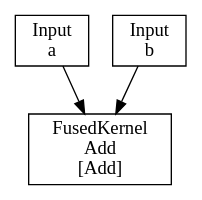
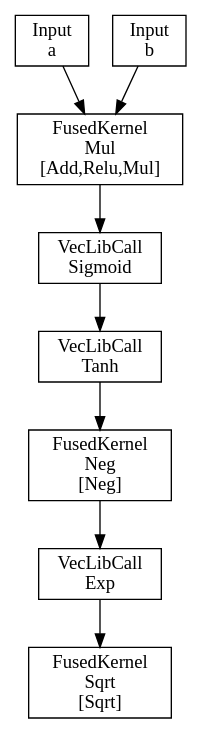
One commit to ParthPatel00/TensorScript changed the diagram in results/ir_after_fusion.dot. Above: the diagram before and after it, drawn with Graphviz. The commit also changed 9 other files, not shown here.

```diff
--- a/results/ir_after_fusion.dot
+++ b/results/ir_after_fusion.dot
@@ -1,9 +1,19 @@
 digraph G {
   rankdir=TB;
   node [shape=box];
-  "0x10562ef10" [label="Input\na"];
-  "0x10562efb0" [label="Input\nb"];
-  "0x10562f050" [label="FusedKernel\nAdd\n[Add]"];
-  "0x10562ef10" -> "0x10562f050";
-  "0x10562efb0" -> "0x10562f050";
+  "0x81fff4280" [label="Input\na"];
+  "0x81fff43c0" [label="Input\nb"];
+  "0x81ffe9b80" [label="FusedKernel\nMul\n[Add,Relu,Mul]"];
+  "0x81fff4280" -> "0x81ffe9b80";
+  "0x81fff43c0" -> "0x81ffe9b80";
+  "0x81ffea3a0" [label="VecLibCall\nSigmoid"];
+  "0x81ffe9b80" -> "0x81ffea3a0";
+  "0x81ffe8f00" [label="VecLibCall\nTanh"];
+  "0x81ffea3a0" -> "0x81ffe8f00";
+  "0x81ffe9900" [label="FusedKernel\nNeg\n[Neg]"];
+  "0x81ffe8f00" -> "0x81ffe9900";
+  "0x81ffea120" [label="VecLibCall\nExp"];
+  "0x81ffe9900" -> "0x81ffea120";
+  "0x81ffe9e00" [label="FusedKernel\nSqrt\n[Sqrt]"];
+  "0x81ffea120" -> "0x81ffe9e00";
 }
```
